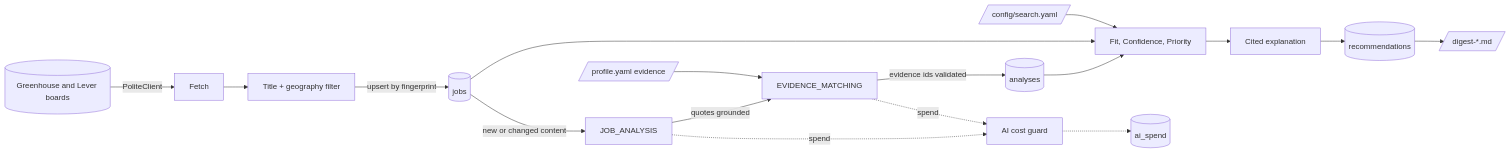
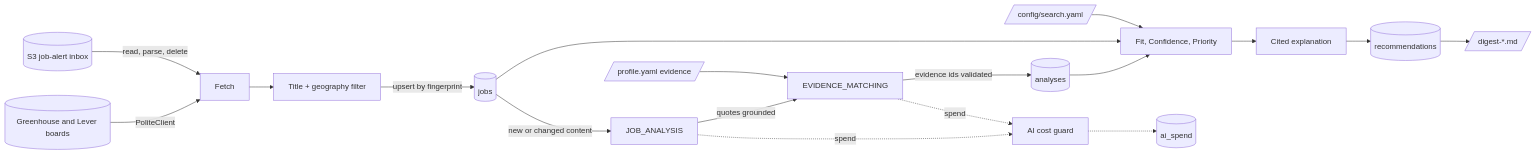
One commit to madduri-ops/PEJIP changed the diagram in docs/architecture/data-flow.md. Above: the diagram before and after it, drawn with Mermaid. The commit also changed 17 other files, not shown here.

First line of the commit message:
Read job-alert emails from the inbox into ranked roles

````diff
--- a/docs/architecture/data-flow.md
+++ b/docs/architecture/data-flow.md
@@ -6,18 +6,19 @@
 ```mermaid
 flowchart LR
     boards[(Greenhouse and Lever boards)] -->|PoliteClient| fetch[Fetch]
+    inbox[(S3 job-alert inbox)] -->|read, parse, delete| fetch
     fetch --> filter[Title + geography filter]
     filter -->|upsert by fingerprint| jobs[(jobs)]
     jobs -->|new or changed content| analyse[JOB_ANALYSIS]
     analyse -->|quotes grounded| match[EVIDENCE_MATCHING]
     profile[/profile.yaml evidence/] --> match
     match -->|evidence ids validated| analyses[(analyses)]
     analyses --> score[Fit, Confidence, Priority]
     jobs --> score
     config[/config/search.yaml/] --> score
     score --> explain[Cited explanation]
     explain --> recs[(recommendations)]
     recs --> digest[/digest-*.md/]
     analyse -. spend .-> guard[AI cost guard] -.-> spend[(ai_spend)]
     match -. spend .-> guard
 ```
````
